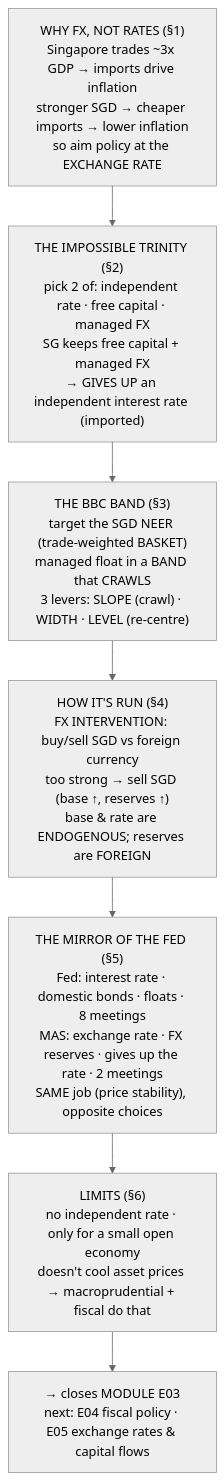
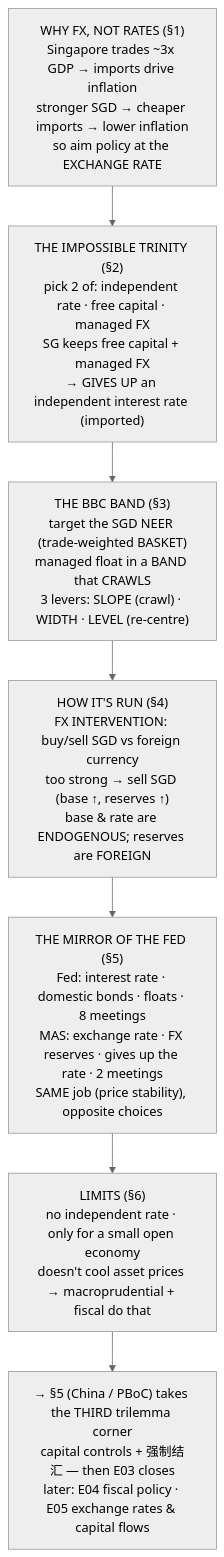
The diagram in hobby/economy-and-finance/03-money-and-central-banks/04-the-mas-model.md (ustcer1984/Computer-Science-Software-Engineering-for-AI-Engineer), drawn with Mermaid (neutral theme) before and after one commit. The commit also changed other lines of this file and 11 other files, not shown here.

````diff
--- a/hobby/economy-and-finance/03-money-and-central-banks/04-the-mas-model.md
+++ b/hobby/economy-and-finance/03-money-and-central-banks/04-the-mas-model.md
@@ -271,16 +274,16 @@
 ```mermaid
 flowchart TD
     OPEN["WHY FX, NOT RATES (§1)<br/>Singapore trades ~3x GDP → imports drive inflation<br/>stronger SGD → cheaper imports → lower inflation<br/>so aim policy at the EXCHANGE RATE"]
     TRILEMMA["THE IMPOSSIBLE TRINITY (§2)<br/>pick 2 of: independent rate · free capital · managed FX<br/>SG keeps free capital + managed FX<br/>→ GIVES UP an independent interest rate (imported)"]
     BBC["THE BBC BAND (§3)<br/>target the SGD NEER (trade-weighted BASKET)<br/>managed float in a BAND that CRAWLS<br/>3 levers: SLOPE (crawl) · WIDTH · LEVEL (re-centre)"]
     FX["HOW IT'S RUN (§4)<br/>FX INTERVENTION: buy/sell SGD vs foreign currency<br/>too strong → sell SGD (base ↑, reserves ↑)<br/>base &amp; rate are ENDOGENOUS; reserves are FOREIGN"]
     COMPARE["THE MIRROR OF THE FED (§5)<br/>Fed: interest rate · domestic bonds · floats · 8 meetings<br/>MAS: exchange rate · FX reserves · gives up the rate · 2 meetings<br/>SAME job (price stability), opposite choices"]
     LIMITS["LIMITS (§6)<br/>no independent rate · only for a small open economy<br/>doesn't cool asset prices → macroprudential + fiscal do that"]
-    NEXT["→ closes MODULE E03<br/>next: E04 fiscal policy · E05 exchange rates &amp; capital flows"]
+    NEXT["→ §5 (China / PBoC) takes the THIRD trilemma corner<br/>capital controls + 强制结汇 — then E03 closes<br/>later: E04 fiscal policy · E05 exchange rates &amp; capital flows"]
     OPEN --> TRILEMMA
     TRILEMMA --> BBC
     BBC --> FX
     FX --> COMPARE
     COMPARE --> LIMITS
     LIMITS --> NEXT
 ```
````
